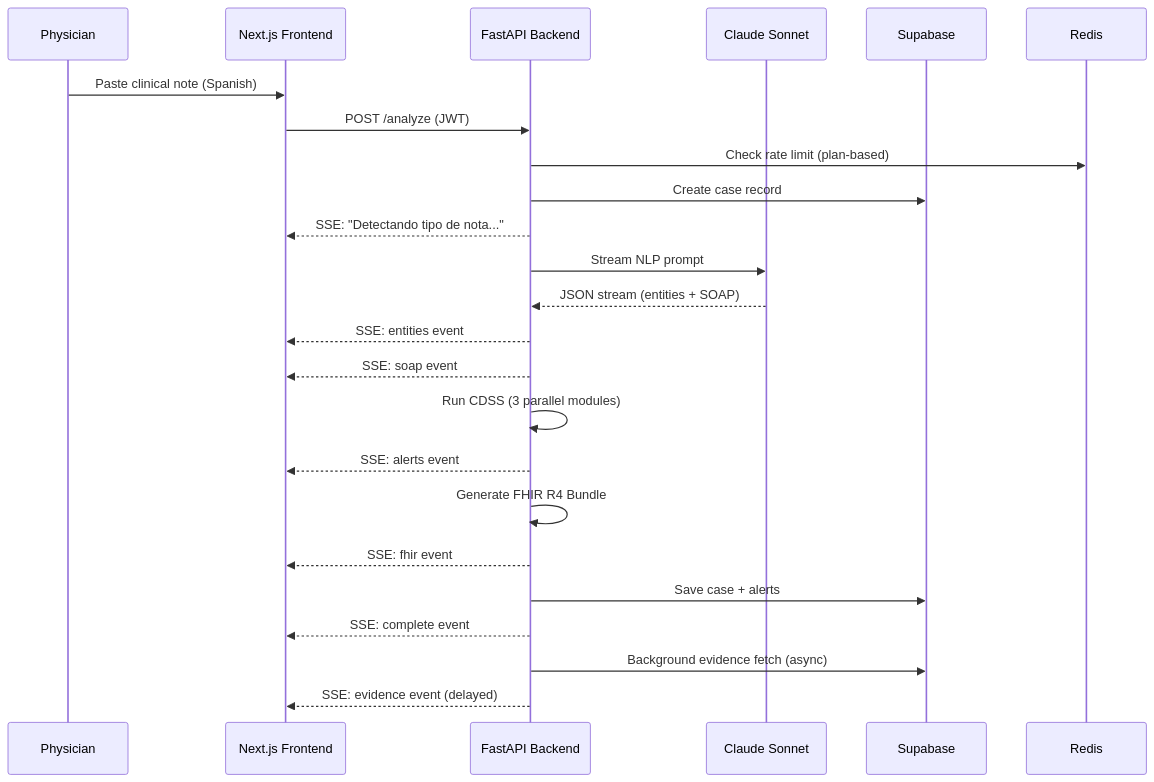
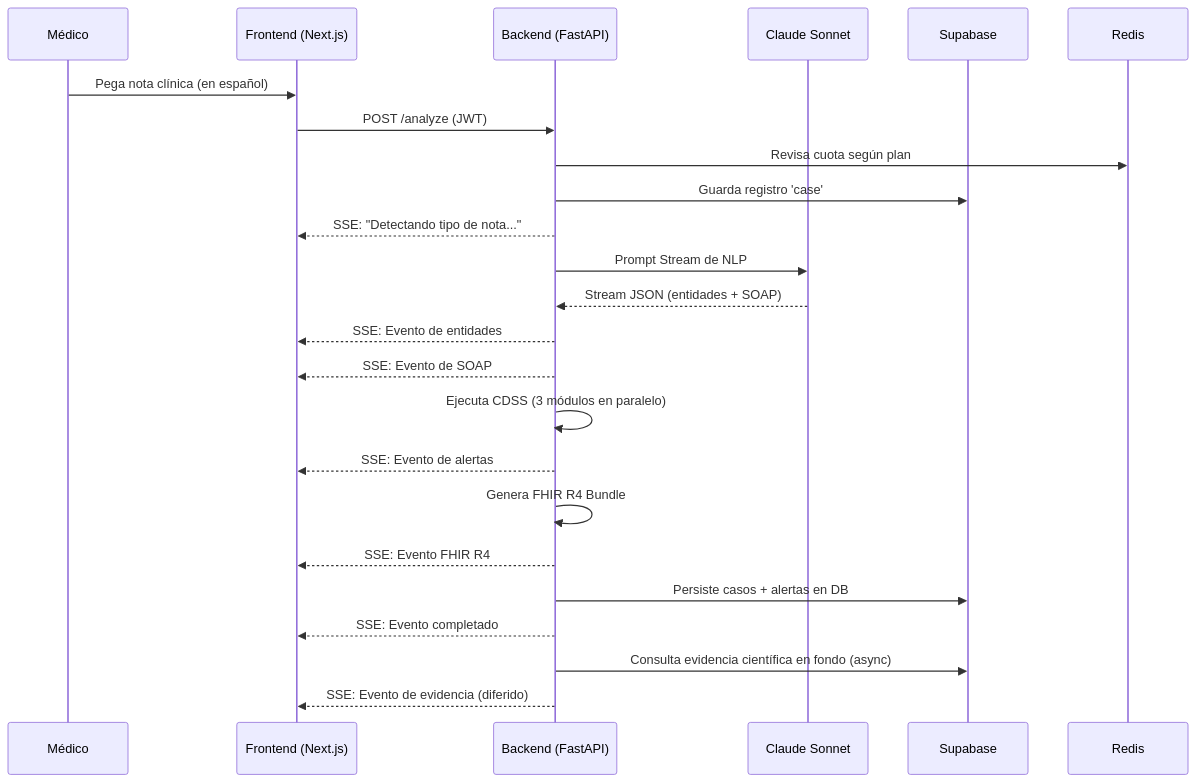
One commit to Aram9574/Clinote changed the diagram in README.md. Above: the diagram before and after it, drawn with Mermaid. The commit also changed other lines of this file, not shown here.

Commit message:
Traducir README a español

````diff
--- a/README.md
+++ b/README.md
@@ -105,27 +105,27 @@
 ```mermaid
 sequenceDiagram
-    participant P as Physician
-    participant FE as Next.js Frontend
-    participant BE as FastAPI Backend
+    participant P as Médico
+    participant FE as Frontend (Next.js)
+    participant BE as Backend (FastAPI)
     participant C as Claude Sonnet
     participant DB as Supabase
     participant R as Redis
 
-    P->>FE: Paste clinical note (Spanish)
+    P->>FE: Pega nota clínica (en español)
     FE->>BE: POST /analyze (JWT)
-    BE->>R: Check rate limit (plan-based)
-    BE->>DB: Create case record
+    BE->>R: Revisa cuota según plan
+    BE->>DB: Guarda registro 'case'
     BE-->>FE: SSE: "Detectando tipo de nota..."
-    BE->>C: Stream NLP prompt
-    C-->>BE: JSON stream (entities + SOAP)
-    BE-->>FE: SSE: entities event
-    BE-->>FE: SSE: soap event
-    BE->>BE: Run CDSS (3 parallel modules)
-    BE-->>FE: SSE: alerts event
-    BE->>BE: Generate FHIR R4 Bundle
-    BE-->>FE: SSE: fhir event
-    BE->>DB: Save case + alerts
-    BE-->>FE: SSE: complete event
-    BE->>DB: Background evidence fetch (async)
-    BE-->>FE: SSE: evidence event (delayed)
+    BE->>C: Prompt Stream de NLP
+    C-->>BE: Stream JSON (entidades + SOAP)
+    BE-->>FE: SSE: Evento de entidades
+    BE-->>FE: SSE: Evento de SOAP
+    BE->>BE: Ejecuta CDSS (3 módulos en paralelo)
+    BE-->>FE: SSE: Evento de alertas
+    BE->>BE: Genera FHIR R4 Bundle
+    BE-->>FE: SSE: Evento FHIR R4
+    BE->>DB: Persiste casos + alertas en DB
+    BE-->>FE: SSE: Evento completado
+    BE->>DB: Consulta evidencia científica en fondo (async)
+    BE-->>FE: SSE: Evento de evidencia (diferido)
 ```
````
